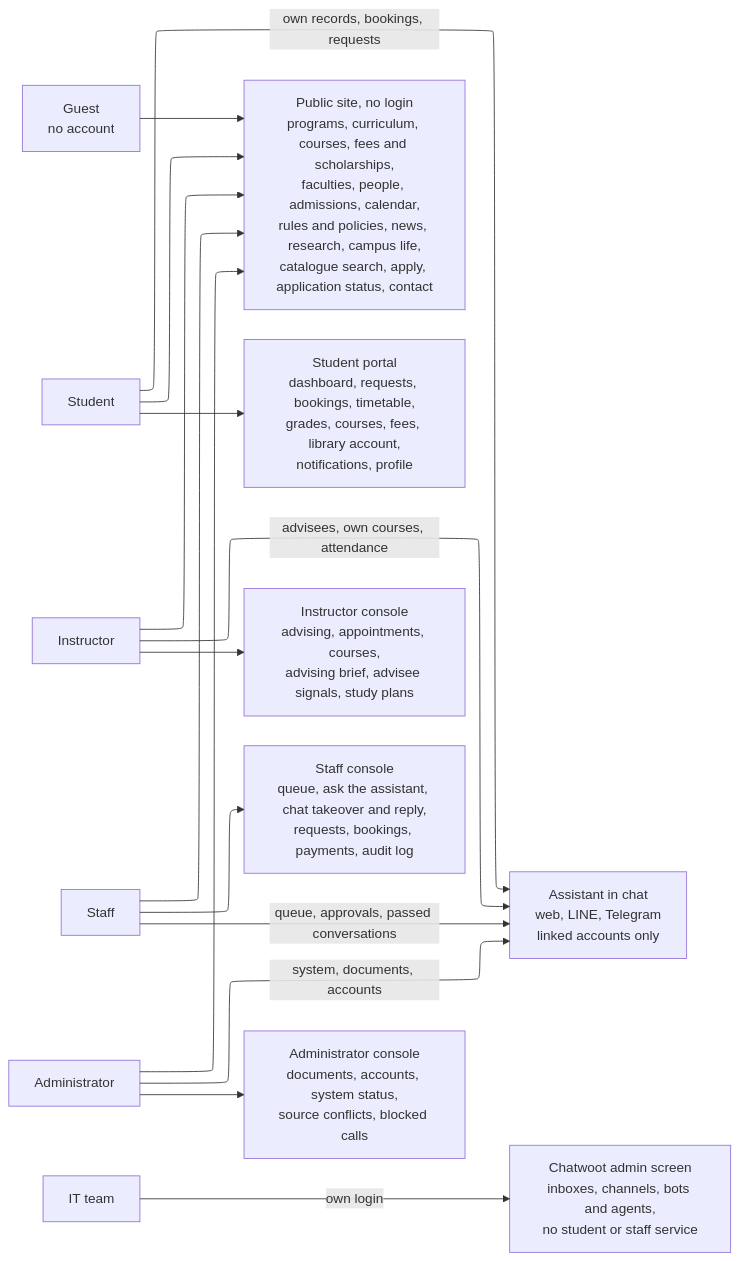
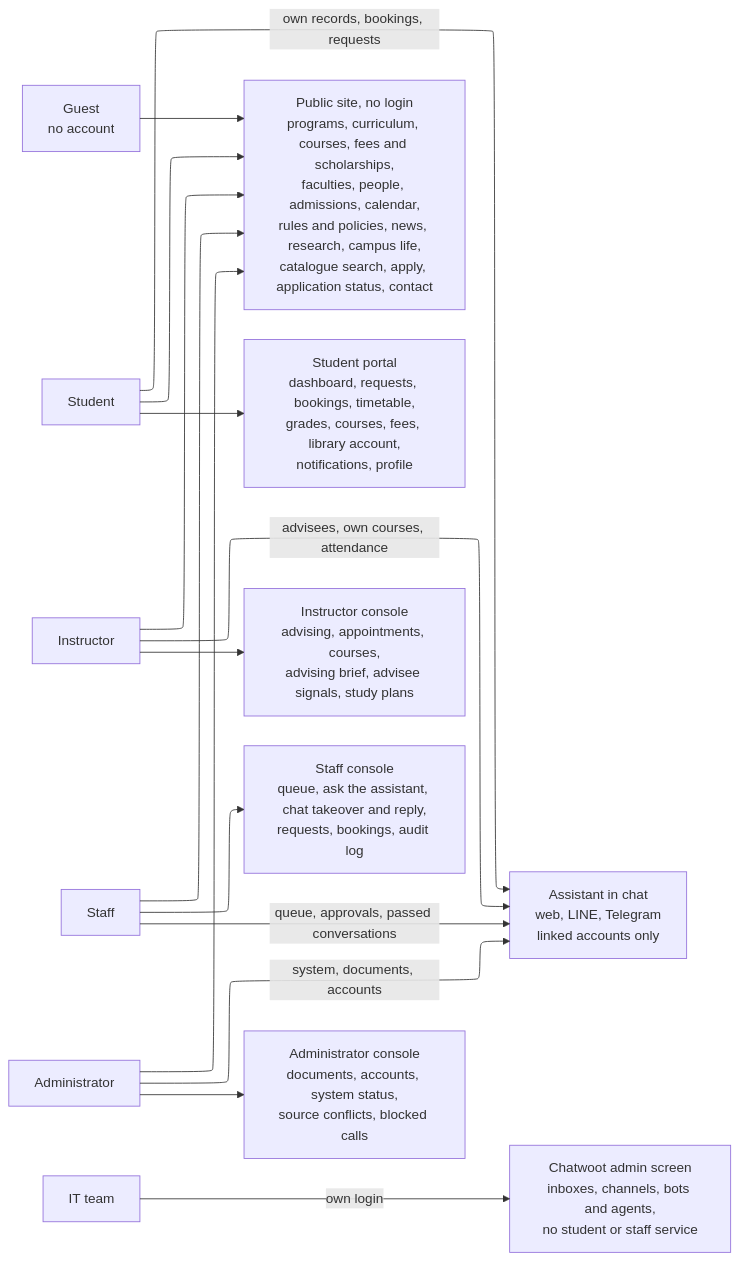
One commit to SaiWaiYanLynn/smart-university-website changed diagram 11 of 11 in design/diagrams/diagrams-source.md. Above: the diagram before and after it, drawn with Mermaid. The commit also changed other lines of this file and 27 other files, not shown here.

Commit message:
Add README, feasibility report v3 and updated diagrams

````diff
--- a/design/diagrams/diagrams-source.md
+++ b/design/diagrams/diagrams-source.md
@@ -978,36 +961,36 @@
 ```mermaid
 ---
 config:
   layout: elk
 ---
 flowchart LR
   G["Guest<br/>no account"]
   S["Student"]
   I["Instructor"]
   F["Staff"]
   A["Administrator"]
   IT["IT team"]
 
   PUB["Public site, no login<br/>programs, curriculum, courses, fees and scholarships,<br/>faculties, people, admissions, calendar,<br/>rules and policies, news, research, campus life,<br/>catalogue search, apply, application status, contact"]
   POR["Student portal<br/>dashboard, requests, bookings, timetable,<br/>grades, courses, fees, library account,<br/>notifications, profile"]
   CHAT["Assistant in chat<br/>web, LINE, Telegram<br/>linked accounts only"]
   CI["Instructor console<br/>advising, appointments, courses,<br/>advising brief, advisee signals, study plans"]
-  CS["Staff console<br/>queue, ask the assistant, chat takeover and reply,<br/>requests, bookings, payments, audit log"]
+  CS["Staff console<br/>queue, ask the assistant, chat takeover and reply,<br/>requests, bookings, audit log"]
   CW["Chatwoot admin screen<br/>inboxes, channels, bots and agents,<br/>no student or staff service"]
   CA["Administrator console<br/>documents, accounts, system status,<br/>source conflicts, blocked calls"]
 
   G --> PUB
   S --> PUB
   I --> PUB
   F --> PUB
   A --> PUB
   S --> POR
   S -- "own records, bookings, requests" --> CHAT
   I -- "advisees, own courses, attendance" --> CHAT
   F -- "queue, approvals, passed conversations" --> CHAT
   A -- "system, documents, accounts" --> CHAT
   I --> CI
   F --> CS
   A --> CA
   IT -- "own login" --> CW
 ```
````
